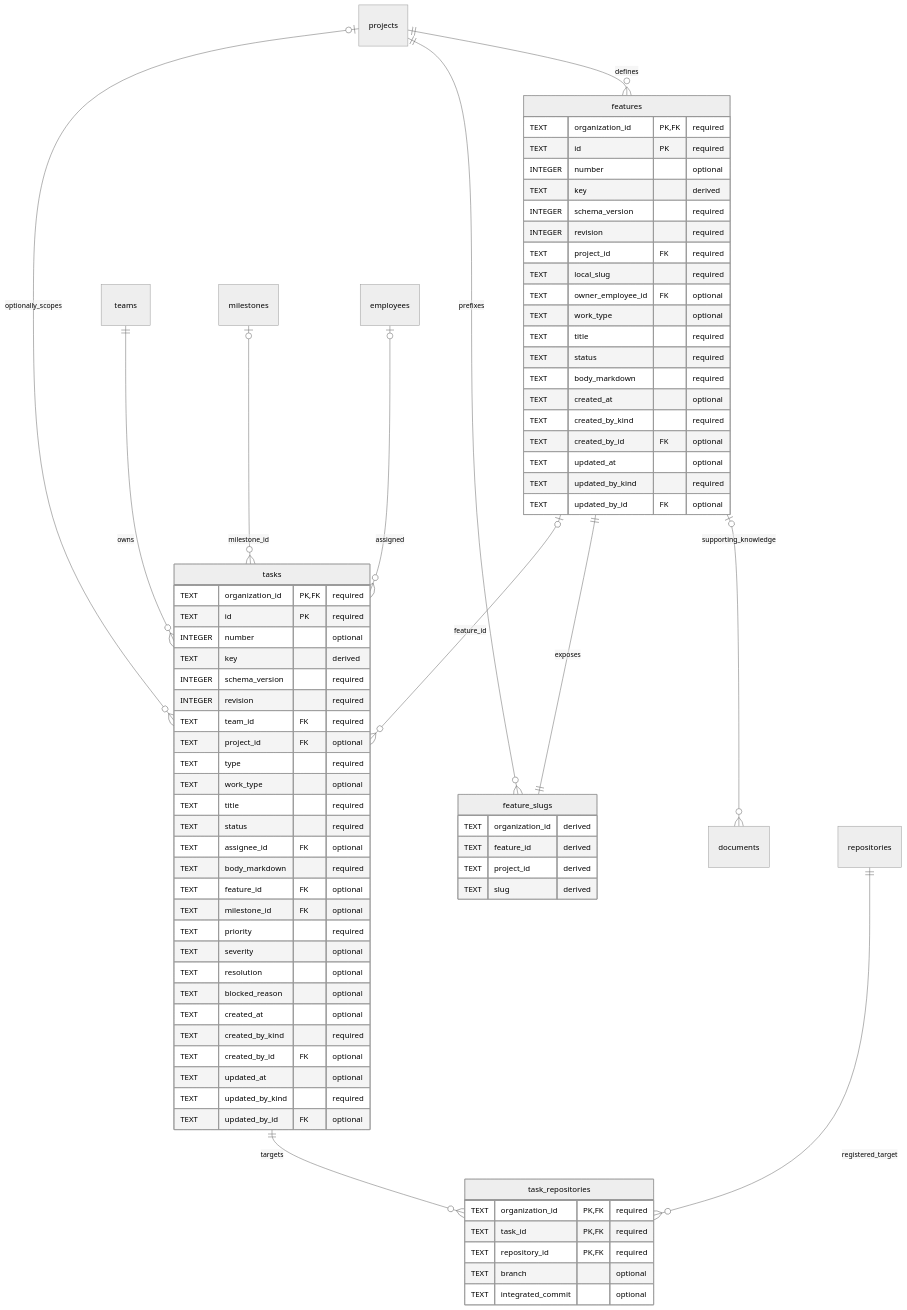
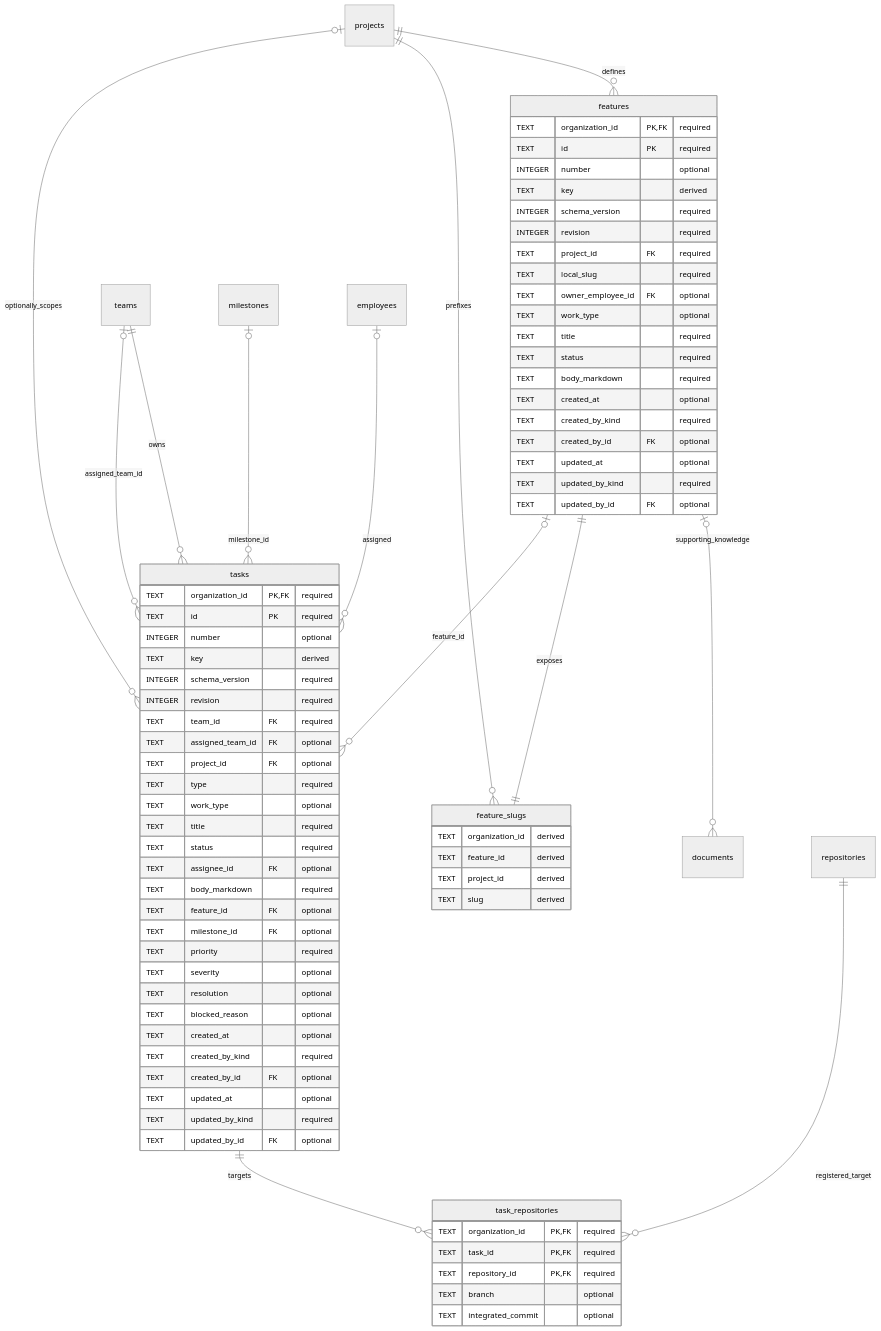
The first of 2 diagrams in docs/design/organization-data/03-features-and-work.md (vgmello/agentic-org), drawn with Mermaid (neutral theme) before and after one commit. The commit also changed other lines of this file and 12 other files, not shown here.

````diff
--- a/docs/design/organization-data/03-features-and-work.md
+++ b/docs/design/organization-data/03-features-and-work.md
@@ -9,76 +9,78 @@
 ```mermaid
 erDiagram
     projects ||--o{ features : defines
     features o|--o{ documents : supporting_knowledge
     projects ||--o{ feature_slugs : prefixes
     features ||--|| feature_slugs : exposes
     teams ||--o{ tasks : owns
+    teams o|--o{ tasks : assigned_team_id
     projects o|--o{ tasks : optionally_scopes
     features o|--o{ tasks : feature_id
     milestones o|--o{ tasks : milestone_id
     employees o|--o{ tasks : assigned
     tasks ||--o{ task_repositories : targets
     repositories ||--o{ task_repositories : registered_target
     features {
         TEXT organization_id PK, FK "required"
         TEXT id PK "required"
         INTEGER number "optional"
         TEXT key "derived"
         INTEGER schema_version "required"
         INTEGER revision "required"
         TEXT project_id FK "required"
         TEXT local_slug "required"
         TEXT owner_employee_id FK "optional"
         TEXT work_type "optional"
         TEXT title "required"
         TEXT status "required"
         TEXT body_markdown "required"
         TEXT created_at "optional"
         TEXT created_by_kind "required"
         TEXT created_by_id FK "optional"
         TEXT updated_at "optional"
         TEXT updated_by_kind "required"
         TEXT updated_by_id FK "optional"
     }
     feature_slugs {
         TEXT organization_id "derived"
         TEXT feature_id "derived"
         TEXT project_id "derived"
         TEXT slug "derived"
     }
     tasks {
         TEXT organization_id PK, FK "required"
         TEXT id PK "required"
         INTEGER number "optional"
         TEXT key "derived"
         INTEGER schema_version "required"
         INTEGER revision "required"
         TEXT team_id FK "required"
+        TEXT assigned_team_id FK "optional"
         TEXT project_id FK "optional"
         TEXT type "required"
         TEXT work_type "optional"
         TEXT title "required"
         TEXT status "required"
         TEXT assignee_id FK "optional"
         TEXT body_markdown "required"
         TEXT feature_id FK "optional"
         TEXT milestone_id FK "optional"
         TEXT priority "required"
         TEXT severity "optional"
         TEXT resolution "optional"
         TEXT blocked_reason "optional"
         TEXT created_at "optional"
         TEXT created_by_kind "required"
         TEXT created_by_id FK "optional"
         TEXT updated_at "optional"
         TEXT updated_by_kind "required"
         TEXT updated_by_id FK "optional"
     }
     task_repositories {
         TEXT organization_id PK, FK "required"
         TEXT task_id PK, FK "required"
         TEXT repository_id PK, FK "required"
         TEXT branch "optional"
         TEXT integrated_commit "optional"
     }
 ```
````
